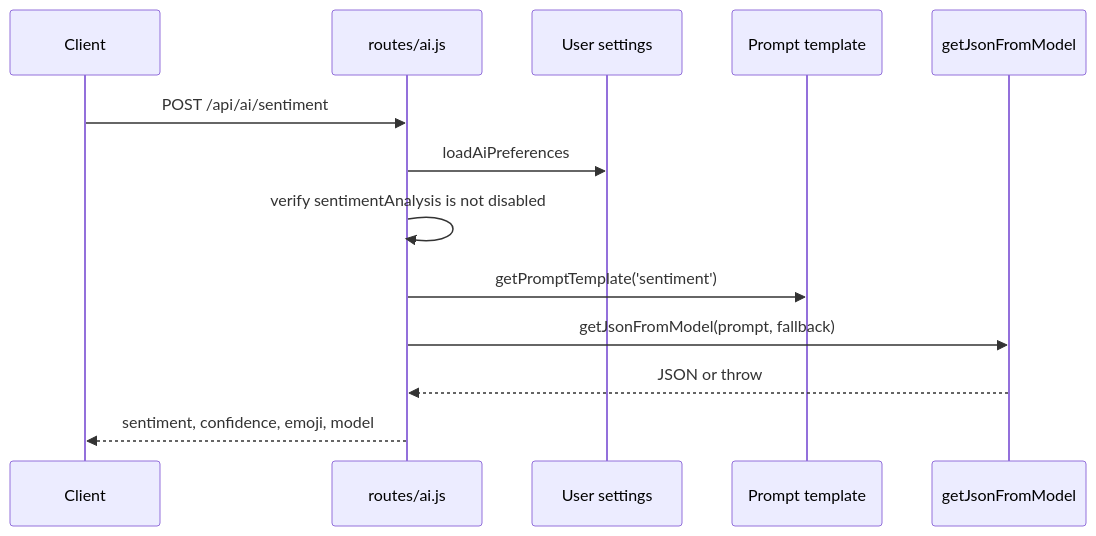
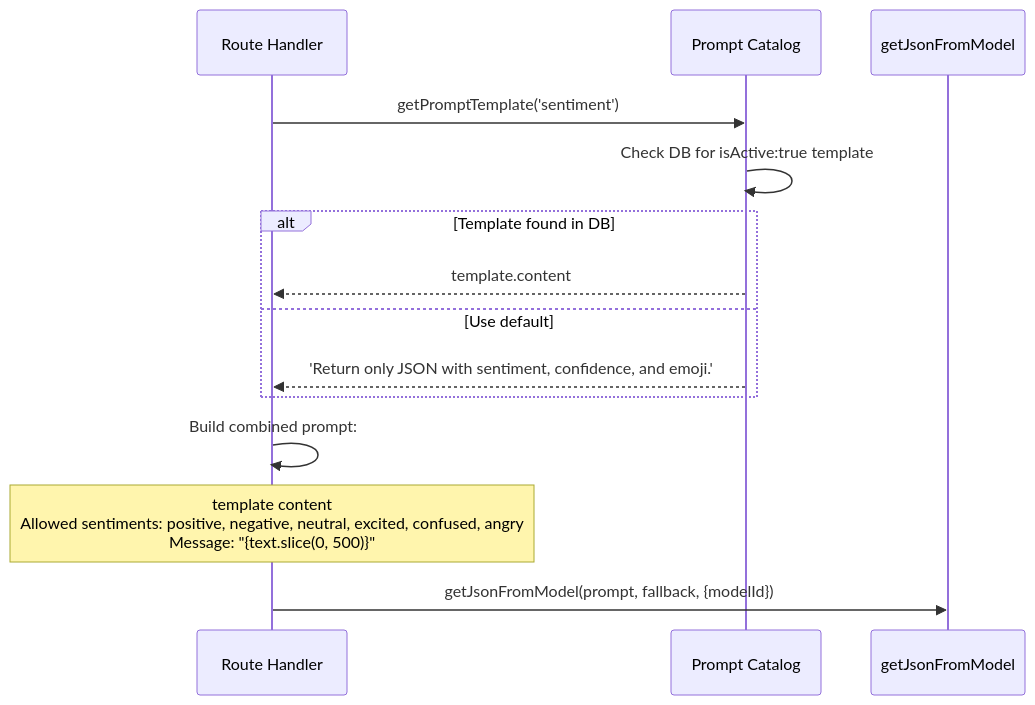
One commit to Ganesh172919/Backend_Practice changed the fourth of 8 diagrams in docs/ai/09-sentiment-flow.md. Above: the diagram before and after it, drawn with Mermaid. The commit also changed other lines of this file and 6 other files, not shown here.

````diff
--- a/docs/ai/09-sentiment-flow.md
+++ b/docs/ai/09-sentiment-flow.md
@@ -24,16 +220,19 @@
 ```mermaid
 sequenceDiagram
-    participant Client
-    participant Route as routes/ai.js
-    participant User as User settings
-    participant Prompt as Prompt template
-    participant Model as getJsonFromModel
+    participant R as Route Handler
+    participant PC as Prompt Catalog
+    participant G as getJsonFromModel
 
-    Client->>Route: POST /api/ai/sentiment
-    Route->>User: loadAiPreferences
-    Route->>Route: verify sentimentAnalysis is not disabled
-    Route->>Prompt: getPromptTemplate('sentiment')
-    Route->>Model: getJsonFromModel(prompt, fallback)
-    Model-->>Route: JSON or throw
-    Route-->>Client: sentiment, confidence, emoji, model
+    R->>PC: getPromptTemplate('sentiment')
+    PC->>PC: Check DB for isActive:true template
+    alt Template found in DB
+        PC-->>R: template.content
+    else Use default
+        PC-->>R: 'Return only JSON with sentiment, confidence, and emoji.'
+    end
+
+    R->>R: Build combined prompt:
+    Note over R: template content<br/>Allowed sentiments: positive, negative, neutral, excited, confused, angry<br/>Message: "{text.slice(0, 500)}"
+
+    R->>G: getJsonFromModel(prompt, fallback, {modelId})
 ```
````
